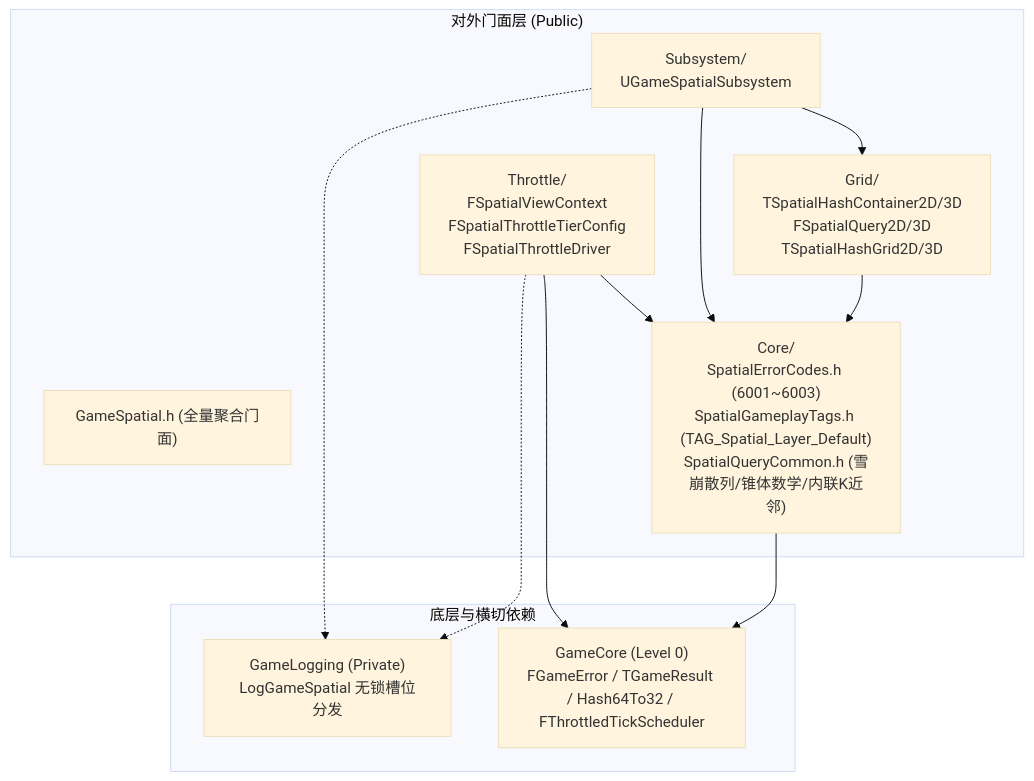
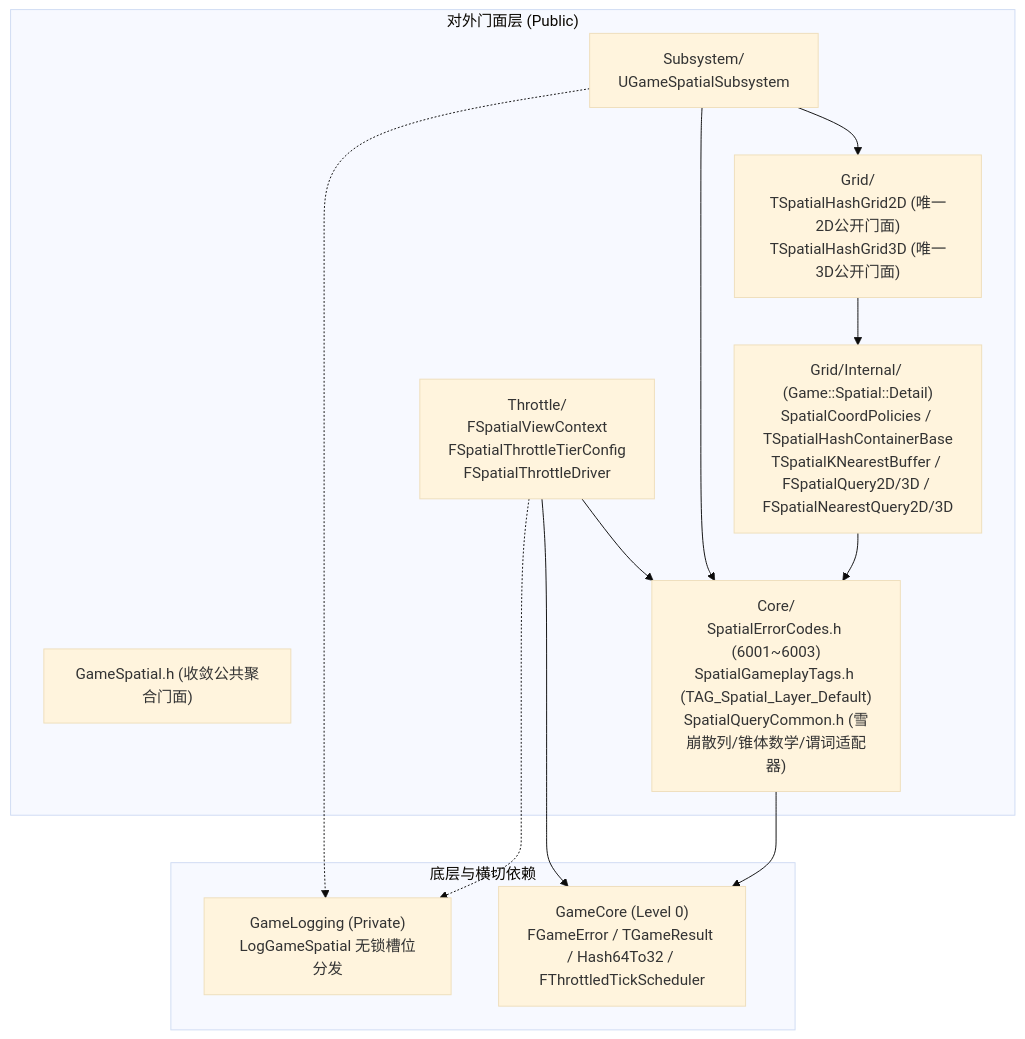
Before and after one commit to YIice-cwj/ue5-toolkit: the diagram in Plugins/GameSpatial/Docs/Architecture/Overview.md, drawn with Mermaid (base theme). The commit also changed other lines of this file and 29 other files, not shown here.

````diff
--- a/Plugins/GameSpatial/Docs/Architecture/Overview.md
+++ b/Plugins/GameSpatial/Docs/Architecture/Overview.md
@@ -11,24 +11,26 @@
 ```mermaid
 flowchart TD
     subgraph PublicLayer["对外门面层 (Public)"]
-        Facade["GameSpatial.h (全量聚合门面)"]
-        Core["Core/<br>SpatialErrorCodes.h (6001~6003)<br>SpatialGameplayTags.h (TAG_Spatial_Layer_Default)<br>SpatialQueryCommon.h (雪崩散列/锥体数学/内联K近邻)"]
-        Grid["Grid/<br>TSpatialHashContainer2D/3D<br>FSpatialQuery2D/3D<br>TSpatialHashGrid2D/3D"]
+        Facade["GameSpatial.h (收敛公共聚合门面)"]
+        Core["Core/<br>SpatialErrorCodes.h (6001~6003)<br>SpatialGameplayTags.h (TAG_Spatial_Layer_Default)<br>SpatialQueryCommon.h (雪崩散列/锥体数学/谓词适配器)"]
+        Grid["Grid/<br>TSpatialHashGrid2D (唯一2D公开门面)<br>TSpatialHashGrid3D (唯一3D公开门面)"]
+        GridInternal["Grid/Internal/ (Game::Spatial::Detail)<br>SpatialCoordPolicies / TSpatialHashContainerBase<br>TSpatialKNearestBuffer / FSpatialQuery2D/3D / FSpatialNearestQuery2D/3D"]
         Throttle["Throttle/<br>FSpatialViewContext<br>FSpatialThrottleTierConfig<br>FSpatialThrottleDriver"]
         Sub["Subsystem/<br>UGameSpatialSubsystem"]
     end
 
     subgraph ExternalLayer["底层与横切依赖"]
         GameCore["GameCore (Level 0)<br>FGameError / TGameResult / Hash64To32 / FThrottledTickScheduler"]
         GameLogging["GameLogging (Private)<br>LogGameSpatial 无锁槽位分发"]
     end
 
-    Grid --> Core
+    Grid --> GridInternal
+    GridInternal --> Core
     Sub --> Grid
     Sub --> Core
     Throttle --> Core
     Core --> GameCore
     Throttle --> GameCore
     Sub -.-> GameLogging
     Throttle -.-> GameLogging
 ```
````
